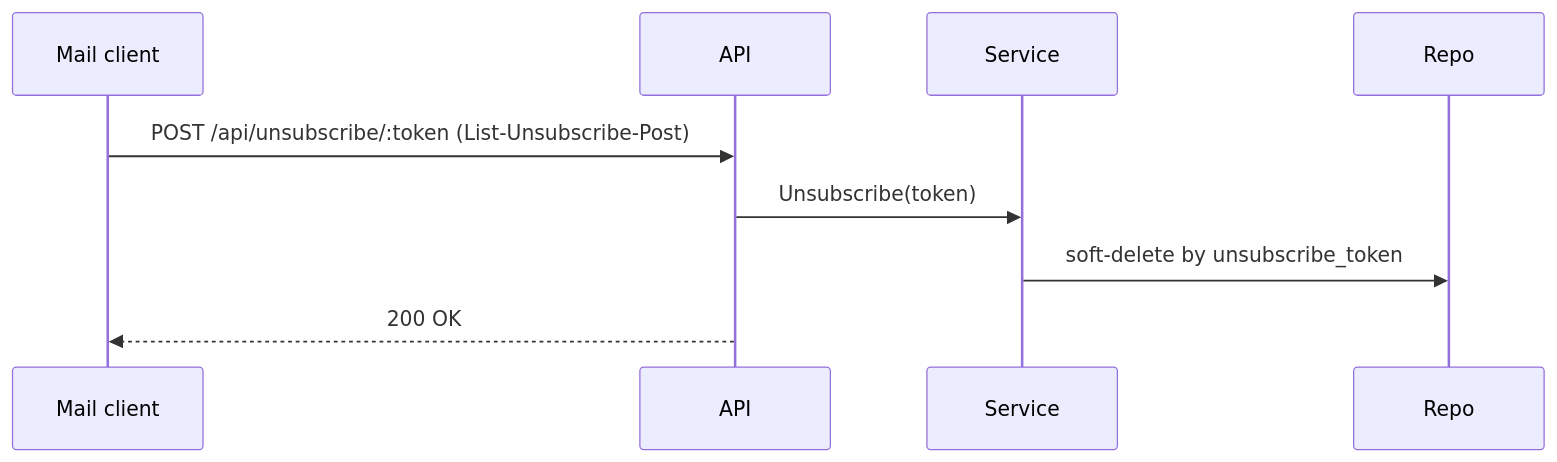
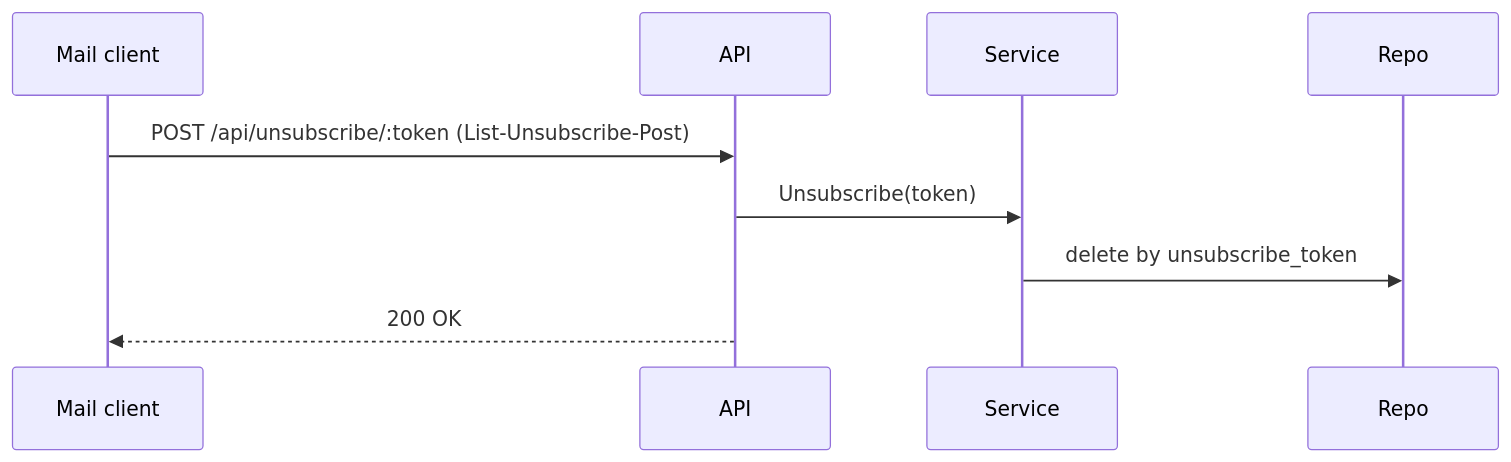
One commit to GenesisEducationKyiv/software-engineering-school-6-0-Andriy-Sydorenko changed the fourth of 4 diagrams in docs/system-design.md. Above: the diagram before and after it, drawn with Mermaid. The commit also changed other lines of this file and 8 other files, not shown here.

Commit message:
refactor(db): Drop soft delete, unsubscribe is now a hard DELETE (#7)

````diff
--- a/docs/system-design.md
+++ b/docs/system-design.md
@@ -185,12 +185,12 @@
 ```mermaid
 sequenceDiagram
     participant Mail as Mail client
     participant API
     participant Svc as Service
     participant Repo
 
     Mail->>API: POST /api/unsubscribe/:token  (List-Unsubscribe-Post)
     API->>Svc: Unsubscribe(token)
-    Svc->>Repo: soft-delete by unsubscribe_token
+    Svc->>Repo: delete by unsubscribe_token
     API-->>Mail: 200 OK
 ```
````
